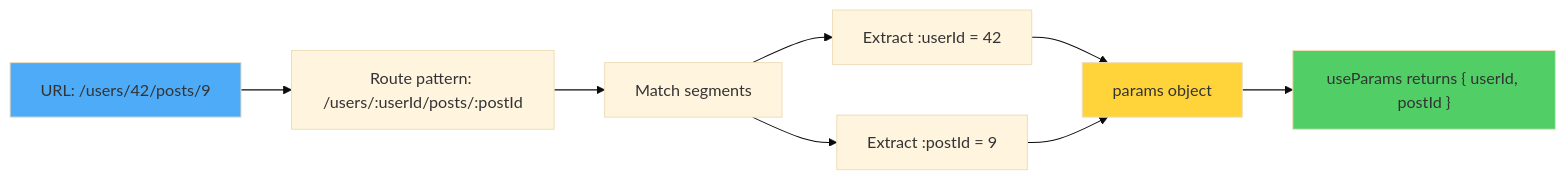
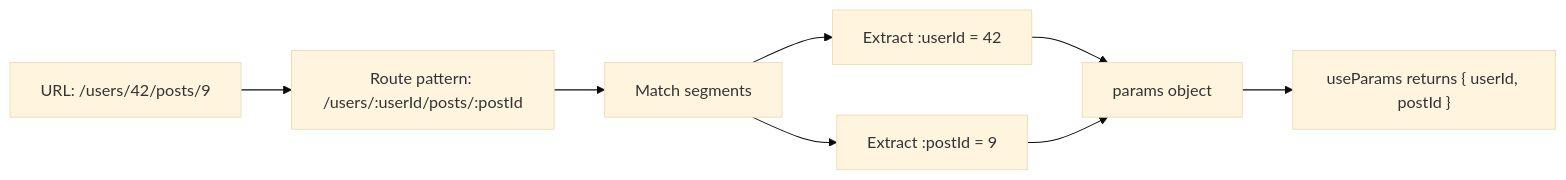
Before and after one commit to BabaScience/react-guides: the second of 6 diagrams in arguments/chapters/05-routing.md, drawn with Mermaid (base theme). The commit also changed other lines of this file and 29 other files, not shown here.

First line of the commit message:
Bring React FR/IT translations to full English parity + theme-safe diagrams

````diff
--- a/arguments/chapters/05-routing.md
+++ b/arguments/chapters/05-routing.md
@@ -465,14 +461,11 @@
 ```mermaid
 flowchart LR
     A["URL: /users/42/posts/9"] --> B["Route pattern: /users/:userId/posts/:postId"]
     B --> C["Match segments"]
     C --> D["Extract :userId = 42"]
     C --> E["Extract :postId = 9"]
     D --> F["params object"]
     E --> F
     F --> G["useParams returns { userId, postId }"]
 
-    style A fill:#4dabf7
-    style F fill:#ffd43b
-    style G fill:#51cf66
 ```
````
